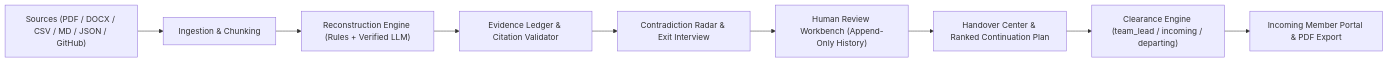
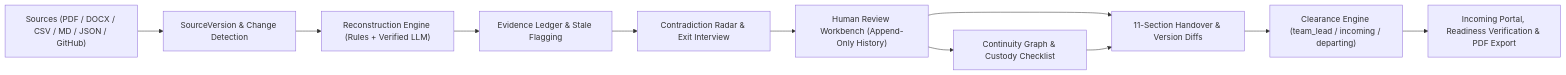
One commit to Prachingit/TRACE-HackTitan changed the diagram in README.md. Above: the diagram before and after it, drawn with Mermaid. The commit also changed other lines of this file and 5 other files, not shown here.

Commit message:
docs: README, architecture, testing, roadmap and submission summary

````diff
--- a/README.md
+++ b/README.md
@@ -28,11 +72,13 @@
 ```mermaid
 flowchart LR
-  U["Sources (PDF / DOCX / CSV / MD / JSON / GitHub)"] --> I["Ingestion & Chunking"]
-  I --> E["Reconstruction Engine (Rules + Verified LLM)"]
-  E --> L["Evidence Ledger & Citation Validator"]
+  U["Sources (PDF / DOCX / CSV / MD / JSON / GitHub)"] --> V["SourceVersion & Change Detection"]
+  V --> E["Reconstruction Engine (Rules + Verified LLM)"]
+  E --> L["Evidence Ledger & Stale Flagging"]
   L --> R["Contradiction Radar & Exit Interview"]
   R --> W["Human Review Workbench (Append-Only History)"]
-  W --> H["Handover Center & Ranked Continuation Plan"]
+  W --> G["Continuity Graph & Custody Checklist"]
+  W --> H["11-Section Handover & Version Diffs"]
+  G --> H
   H --> C["Clearance Engine (team_lead / incoming / departing)"]
-  C --> P["Incoming Member Portal & PDF Export"]
+  C --> P["Incoming Portal, Readiness Verification & PDF Export"]
 ```
````
